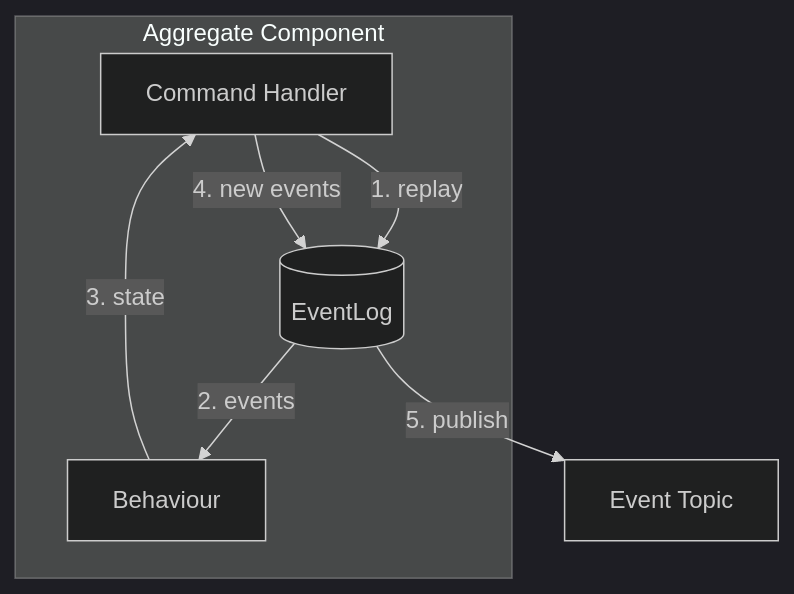
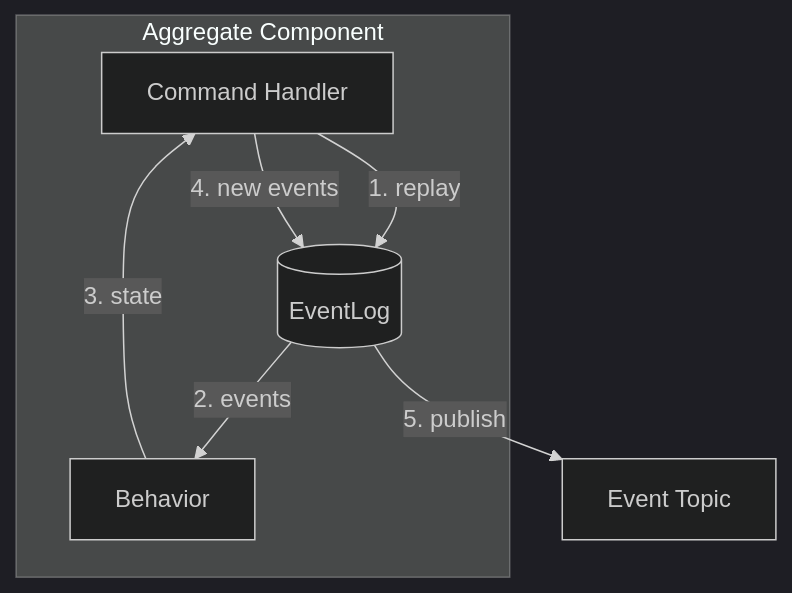
Before and after one commit to ReventlessDev/reventless-core: the fourth of 4 diagrams in packages/doc/docs/reventless-components/eventlog.md, drawn with Mermaid (dark theme). The commit also changed other lines of this file and 45 other files, not shown here.

First line of the commit message:
refactor: rename Behaviour to Behavior (British to American spelling)

````diff
--- a/packages/doc/docs/reventless-components/eventlog.md
+++ b/packages/doc/docs/reventless-components/eventlog.md
@@ -201,15 +201,15 @@
 ```mermaid
 flowchart TB
     subgraph Aggregate Component
         CommandHandler[Command Handler]
         EventLog[(EventLog)]
-        Behaviour[Behaviour]
+        Behavior[Behavior]
         
         CommandHandler -->|1. replay| EventLog
-        EventLog -->|2. events| Behaviour
-        Behaviour -->|3. state| CommandHandler
+        EventLog -->|2. events| Behavior
+        Behavior -->|3. state| CommandHandler
         CommandHandler -->|4. new events| EventLog
     end
     
     EventLog -->|5. publish| EventTopic[Event Topic]
 ```
````
